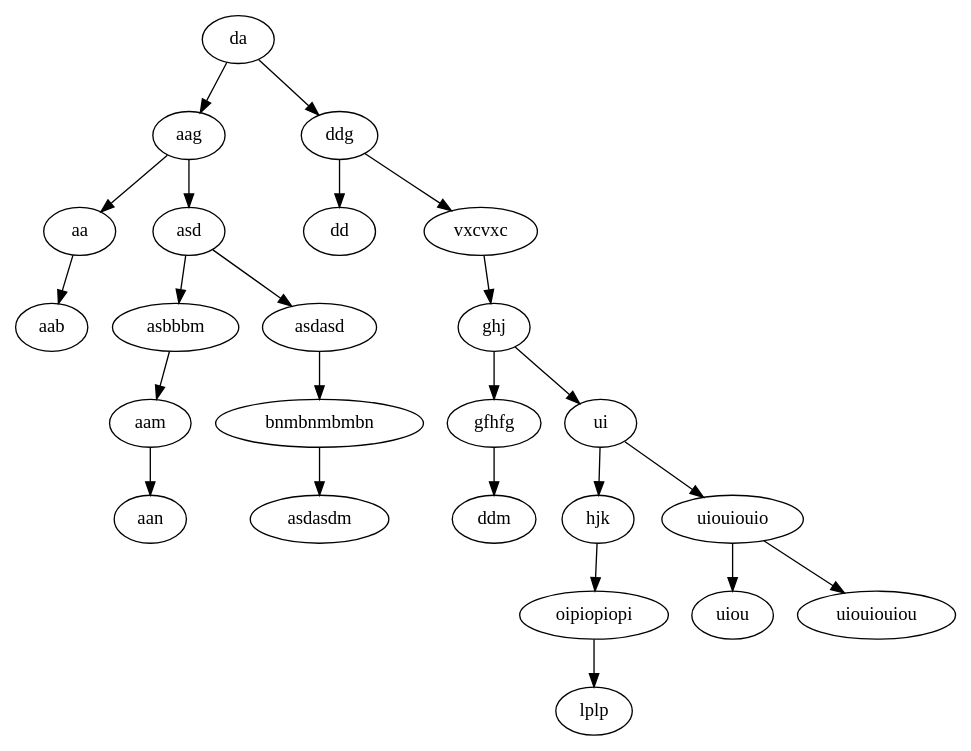
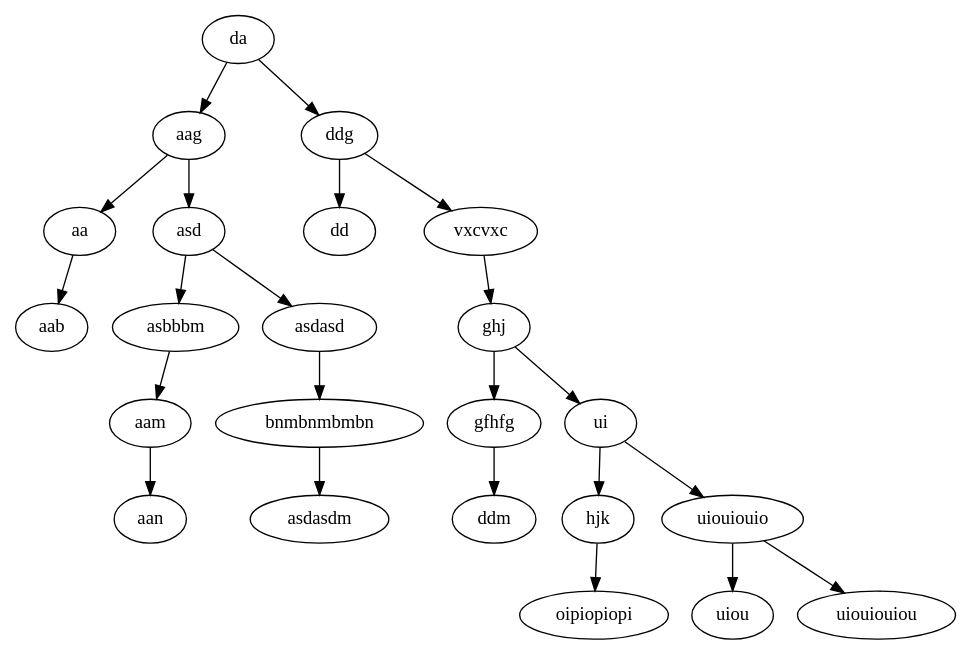
One commit to pp20u1515/Data_types_and_structures changed the diagram in lab_07/func_tests/data/output_btree.dot. Above: the diagram before and after it, drawn with Graphviz. The commit also changed 54 other files, not shown here.

```diff
--- a/lab_07/func_tests/data/output_btree.dot
+++ b/lab_07/func_tests/data/output_btree.dot
@@ -1,49 +1,47 @@
 digraph tree {
 da;
 da -> aag;
 da -> ddg;
 ddg;
 ddg -> dd;
 ddg -> vxcvxc;
 vxcvxc;
 vxcvxc -> ghj;
 ghj;
 ghj -> gfhfg;
 ghj -> ui;
 ui;
 ui -> hjk;
 ui -> uiouiouio;
 uiouiouio;
 uiouiouio -> uiou;
 uiouiouio -> uiouiouiou;
 uiouiouiou;
 uiou;
 hjk;
 hjk -> oipiopiopi;
 oipiopiopi;
-oipiopiopi -> lplp;
-lplp;
 gfhfg;
 gfhfg -> ddm;
 ddm;
 dd;
 aag;
 aag -> aa;
 aag -> asd;
 asd;
 asd -> asbbbm;
 asd -> asdasd;
 asdasd;
 asdasd -> bnmbnmbmbn;
 bnmbnmbmbn;
 bnmbnmbmbn -> asdasdm;
 asdasdm;
 asbbbm;
 asbbbm -> aam;
 aam;
 aam -> aan;
 aan;
 aa;
 aa -> aab;
 aab;
 }
```
